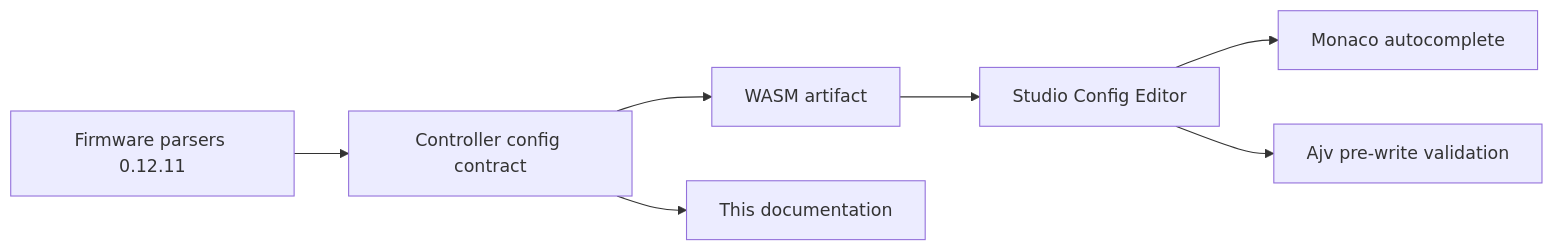
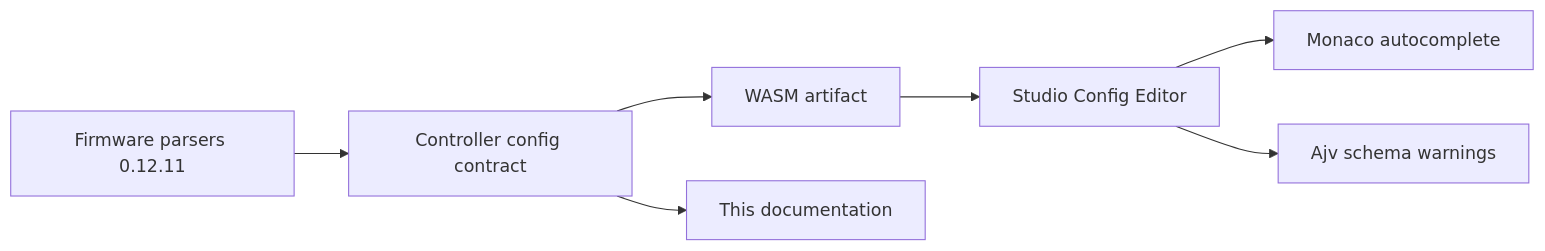
Before and after one commit to Spectoda/examples: the diagram in creator-kit/documents/en/pro-vyrobce-a-tvurce/controller-config/wasm-schema.md, drawn with Mermaid. The commit also changed other lines of this file and 30 other files, not shown here.

````diff
--- a/creator-kit/documents/en/pro-vyrobce-a-tvurce/controller-config/wasm-schema.md
+++ b/creator-kit/documents/en/pro-vyrobce-a-tvurce/controller-config/wasm-schema.md
@@ -5,9 +5,9 @@
 ```mermaid
 flowchart LR
   P["Firmware parsers 0.12.11"] --> C["Controller config contract"]
   C --> W["WASM artifact"]
   W --> S["Studio Config Editor"]
   C --> D["This documentation"]
   S --> M["Monaco autocomplete"]
-  S --> V["Ajv pre-write validation"]
+  S --> V["Ajv schema warnings"]
 ```
````
